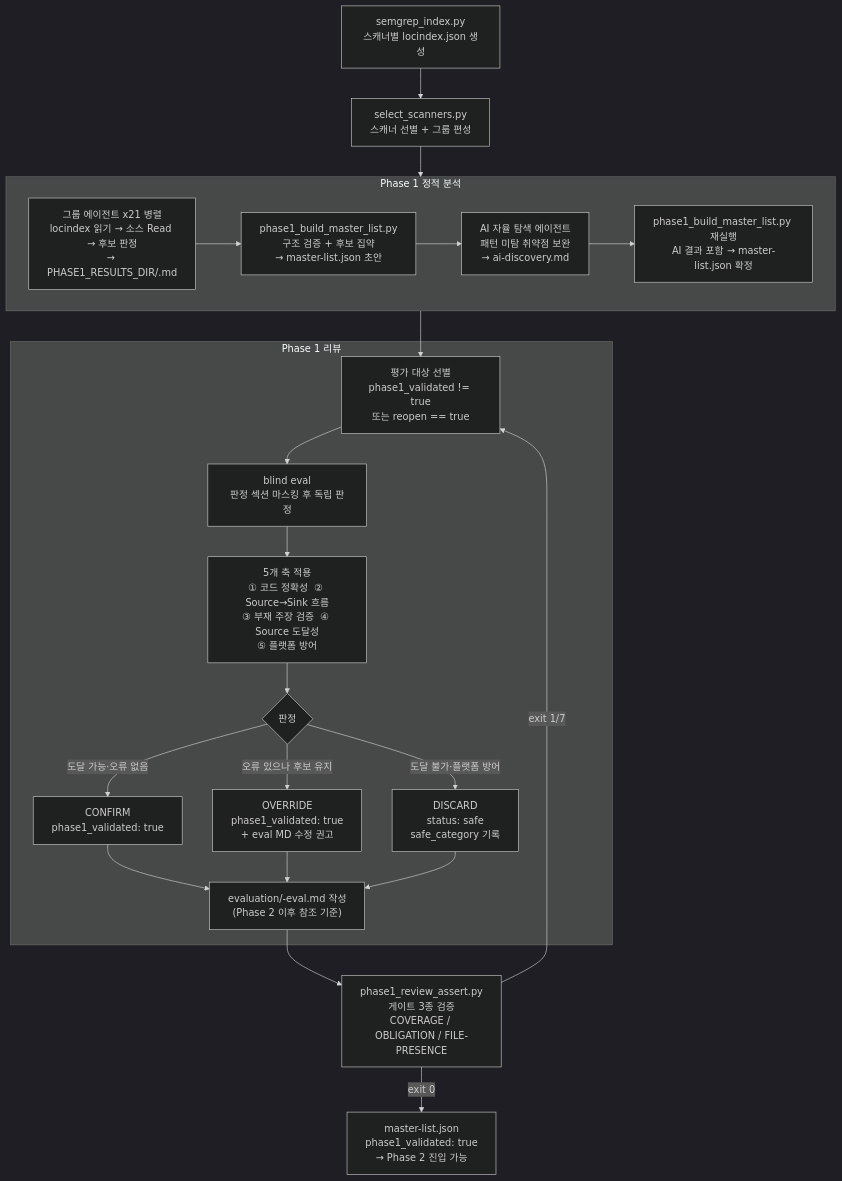
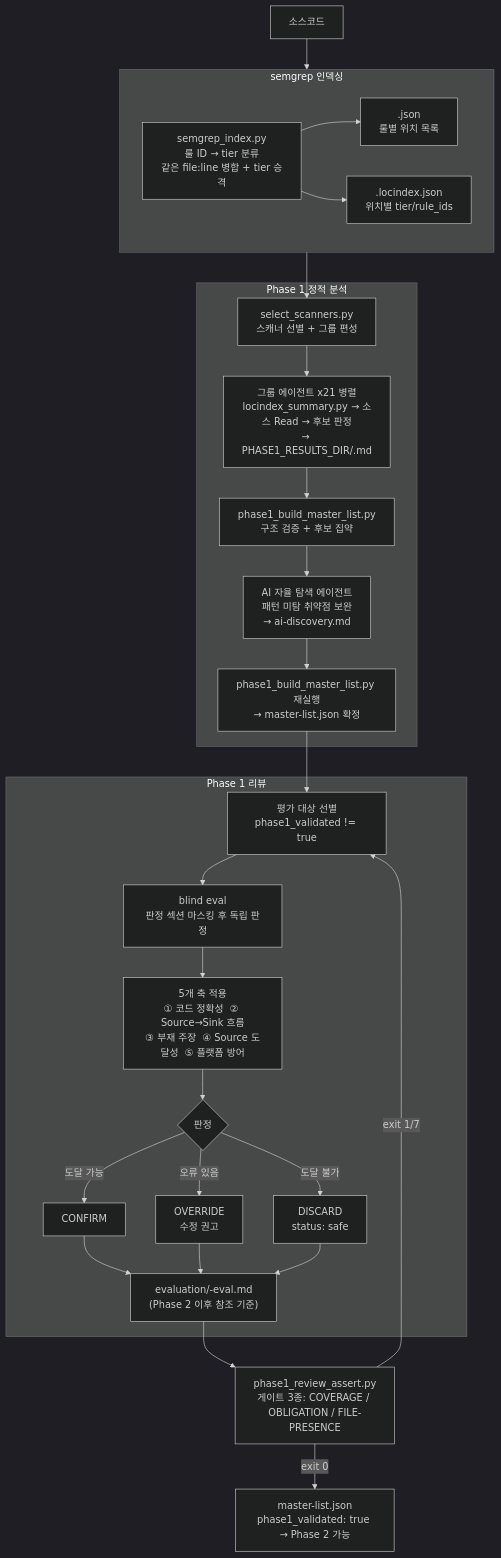
Before and after one commit to nomarlhack/noah-claude-plugin: the diagram in skills/sast/docs/phase1-flow.md, drawn with Mermaid (dark theme). The commit also changed other lines of this file and 2 other files, not shown here.

First line of the commit message:
docs: semgrep-indexing.md를 phase1-flow.md에 통합

````diff
--- a/skills/sast/docs/phase1-flow.md
+++ b/skills/sast/docs/phase1-flow.md
@@ -9,37 +9,45 @@
 ```mermaid
 flowchart TD
-    IDX["semgrep_index.py\n스캐너별 locindex.json 생성"]
-    SEL["select_scanners.py\n스캐너 선별 + 그룹 편성"]
+    SRC["소스코드"]
+
+    subgraph IDX ["semgrep 인덱싱"]
+        SEMGREP["semgrep_index.py\n룰 ID → tier 분류\n같은 file:line 병합 + tier 승격"]
+        JSON["<scanner>.json\n룰별 위치 목록"]
+        LOCI["<scanner>.locindex.json\n위치별 tier/rule_ids"]
+        SEMGREP --> JSON & LOCI
+    end
 
     subgraph P1 ["Phase 1 정적 분석"]
-        GRP["그룹 에이전트 x21 병렬\nlocindex 읽기 → 소스 Read → 후보 판정\n→ PHASE1_RESULTS_DIR/<scanner>.md"]
-        ML1["phase1_build_master_list.py\n구조 검증 + 후보 집약\n→ master-list.json 초안"]
+        SEL["select_scanners.py\n스캐너 선별 + 그룹 편성"]
+        GRP["그룹 에이전트 x21 병렬\nlocindex_summary.py → 소스 Read → 후보 판정\n→ PHASE1_RESULTS_DIR/<scanner>.md"]
+        ML1["phase1_build_master_list.py\n구조 검증 + 후보 집약"]
         AI["AI 자율 탐색 에이전트\n패턴 미탐 취약점 보완\n→ ai-discovery.md"]
-        ML2["phase1_build_master_list.py 재실행\nAI 결과 포함 → master-list.json 확정"]
-        GRP --> ML1 --> AI --> ML2
+        ML2["phase1_build_master_list.py 재실행\n→ master-list.json 확정"]
+        SEL --> GRP --> ML1 --> AI --> ML2
     end
 
     subgraph P1R ["Phase 1 리뷰"]
-        PICK["평가 대상 선별\nphase1_validated != true\n또는 reopen == true"]
+        PICK["평가 대상 선별\nphase1_validated != true"]
         BLIND["blind eval\n판정 섹션 마스킹 후 독립 판정"]
-        AX["5개 축 적용\n① 코드 정확성  ② Source→Sink 흐름\n③ 부재 주장 검증  ④ Source 도달성\n⑤ 플랫폼 방어"]
+        AX["5개 축 적용\n① 코드 정확성  ② Source→Sink 흐름\n③ 부재 주장  ④ Source 도달성  ⑤ 플랫폼 방어"]
         JUDGE{"판정"}
-        CONFIRM["CONFIRM\nphase1_validated: true"]
-        OVERRIDE["OVERRIDE\nphase1_validated: true\n+ eval MD 수정 권고"]
-        DISCARD["DISCARD\nstatus: safe\nsafe_category 기록"]
-        EVAL["evaluation/<scanner>-eval.md 작성\n(Phase 2 이후 참조 기준)"]
+        CONFIRM["CONFIRM"]
+        OVERRIDE["OVERRIDE\n수정 권고"]
+        DISCARD["DISCARD\nstatus: safe"]
+        EVAL["evaluation/<scanner>-eval.md\n(Phase 2 이후 참조 기준)"]
         PICK --> BLIND --> AX --> JUDGE
-        JUDGE -->|"도달 가능·오류 없음"| CONFIRM
-        JUDGE -->|"오류 있으나 후보 유지"| OVERRIDE
-        JUDGE -->|"도달 불가·플랫폼 방어"| DISCARD
+        JUDGE -->|도달 가능| CONFIRM
+        JUDGE -->|오류 있음| OVERRIDE
+        JUDGE -->|도달 불가| DISCARD
         CONFIRM & OVERRIDE & DISCARD --> EVAL
     end
 
-    GATE["phase1_review_assert.py\n게이트 3종 검증\nCOVERAGE / OBLIGATION / FILE-PRESENCE"]
-    DONE["master-list.json\nphase1_validated: true\n→ Phase 2 진입 가능"]
+    GATE["phase1_review_assert.py\n게이트 3종: COVERAGE / OBLIGATION / FILE-PRESENCE"]
+    DONE["master-list.json\nphase1_validated: true → Phase 2 가능"]
 
-    IDX --> SEL --> P1 --> PICK
+    SRC --> IDX --> SEL
+    ML2 --> PICK
     EVAL --> GATE
-    GATE -->|"exit 0"| DONE
-    GATE -->|"exit 1/7"| PICK
+    GATE -->|exit 0| DONE
+    GATE -->|exit 1/7| PICK
 ```
````
